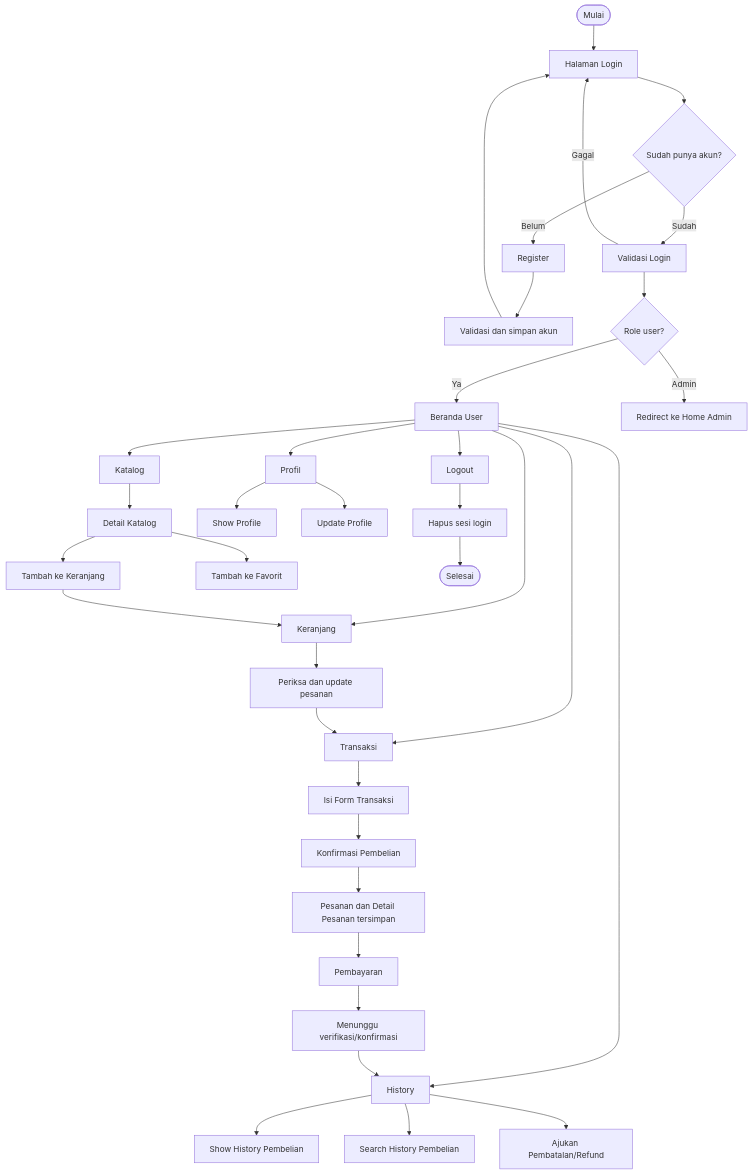
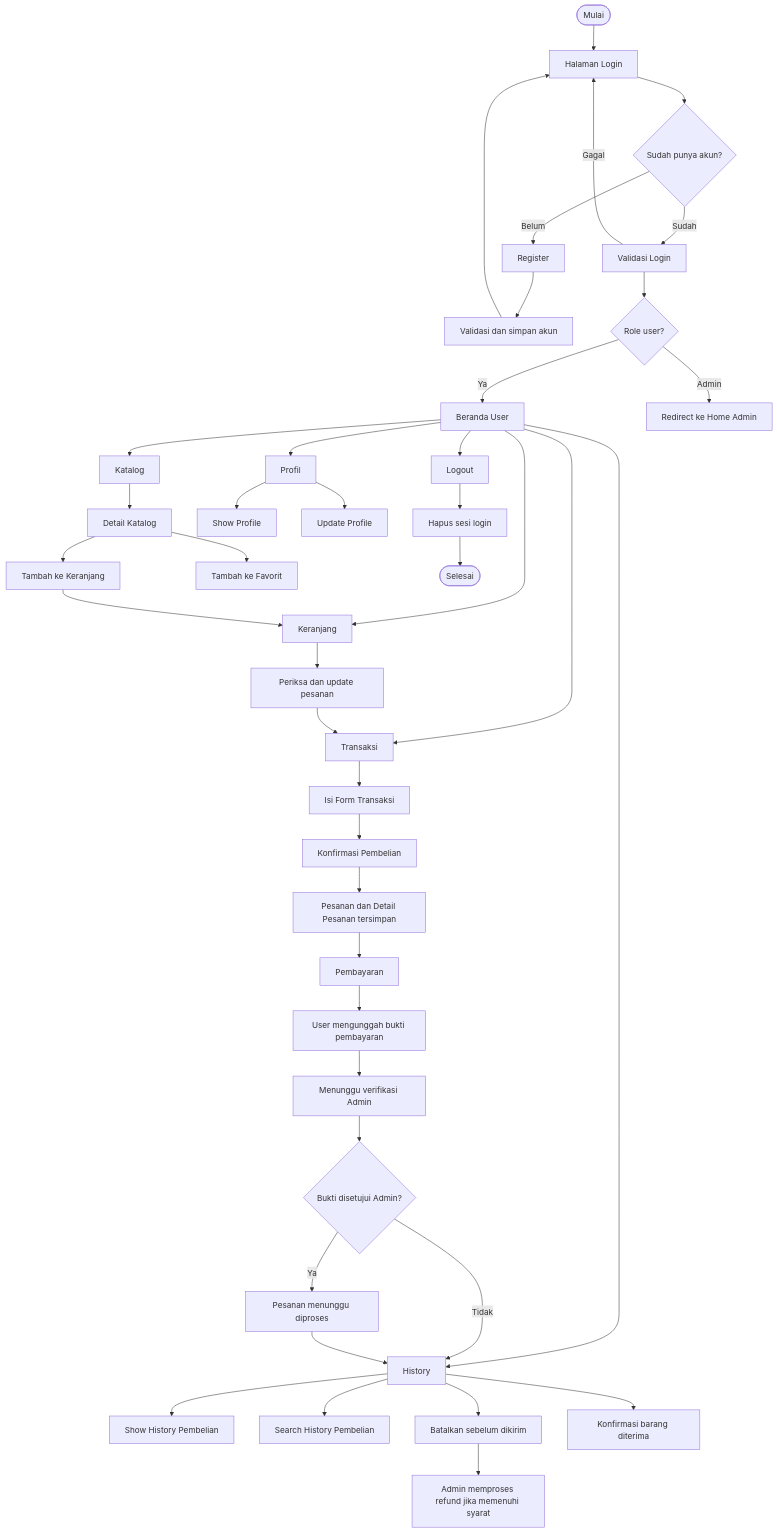
One commit to AjiHEHE-web/UPK-Wirenest changed the first of 2 diagrams in ALUR_USER.md. Above: the diagram before and after it, drawn with Mermaid. The commit also changed other lines of this file and 32 other files, not shown here.

````diff
--- a/ALUR_USER.md
+++ b/ALUR_USER.md
@@ -23,38 +23,44 @@
 ```mermaid
 flowchart TD
     A([Mulai]) --> B[Halaman Login]
     B --> C{Sudah punya akun?}
     C -- Belum --> D[Register]
     D --> E[Validasi dan simpan akun]
     E --> B
     C -- Sudah --> F[Validasi Login]
     F --> G{Role user?}
     G -- Ya --> H[Beranda User]
     G -- Admin --> I[Redirect ke Home Admin]
     F -- Gagal --> B
     H --> J[Katalog]
     H --> K[Keranjang]
     H --> L[History]
     H --> M[Transaksi]
     H --> N[Profil]
     H --> O[Logout]
     J --> P[Detail Katalog]
     P --> Q[Tambah ke Keranjang]
     P --> R[Tambah ke Favorit]
     Q --> K
     K --> S[Periksa dan update pesanan]
     S --> M
     M --> T[Isi Form Transaksi]
     T --> U[Konfirmasi Pembelian]
     U --> V[Pesanan dan Detail Pesanan tersimpan]
     V --> W[Pembayaran]
-    W --> X[Menunggu verifikasi/konfirmasi]
-    X --> L
-    L --> Y[Show History Pembelian]
-    L --> Z[Search History Pembelian]
-    L --> AA[Ajukan Pembatalan/Refund]
-    N --> AB[Show Profile]
-    N --> AC[Update Profile]
-    O --> AD[Hapus sesi login]
-    AD --> AE([Selesai])
+    W --> X[User mengunggah bukti pembayaran]
+    X --> Y[Menunggu verifikasi Admin]
+    Y --> Y1{Bukti disetujui Admin?}
+    Y1 -- Tidak --> L
+    Y1 -- Ya --> Y2[Pesanan menunggu diproses]
+    Y2 --> L
+    L --> Z[Show History Pembelian]
+    L --> AA[Search History Pembelian]
+    L --> AB[Batalkan sebelum dikirim]
+    AB --> AH[Admin memproses refund jika memenuhi syarat]
+    L --> AC[Konfirmasi barang diterima]
+    N --> AD[Show Profile]
+    N --> AE[Update Profile]
+    O --> AF[Hapus sesi login]
+    AF --> AG([Selesai])
 ```
````
